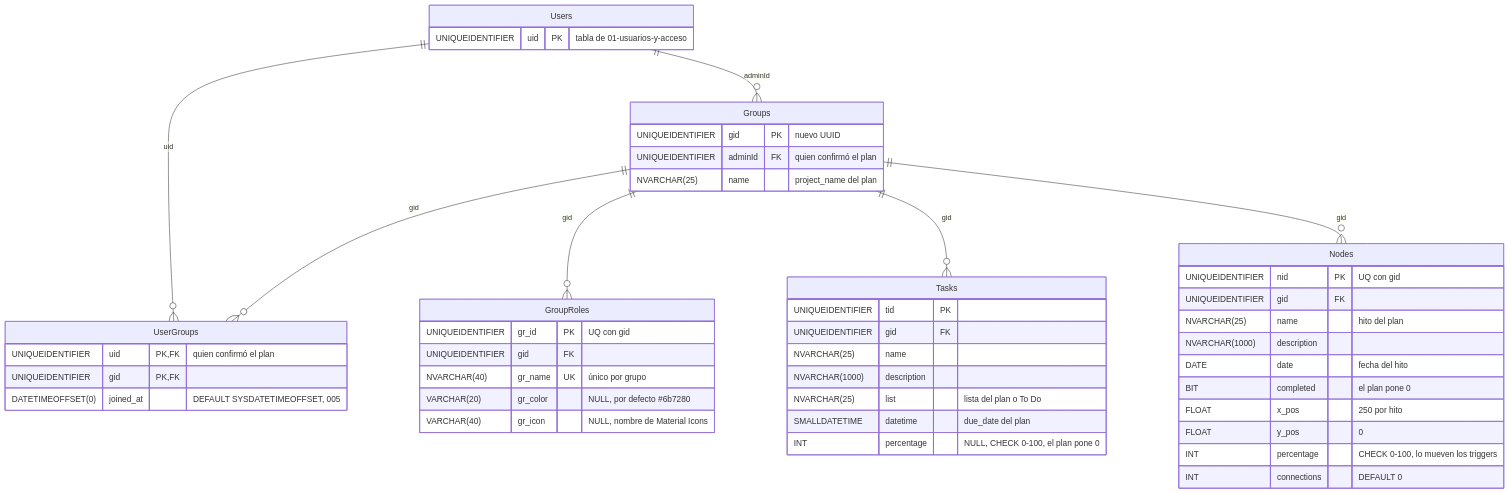
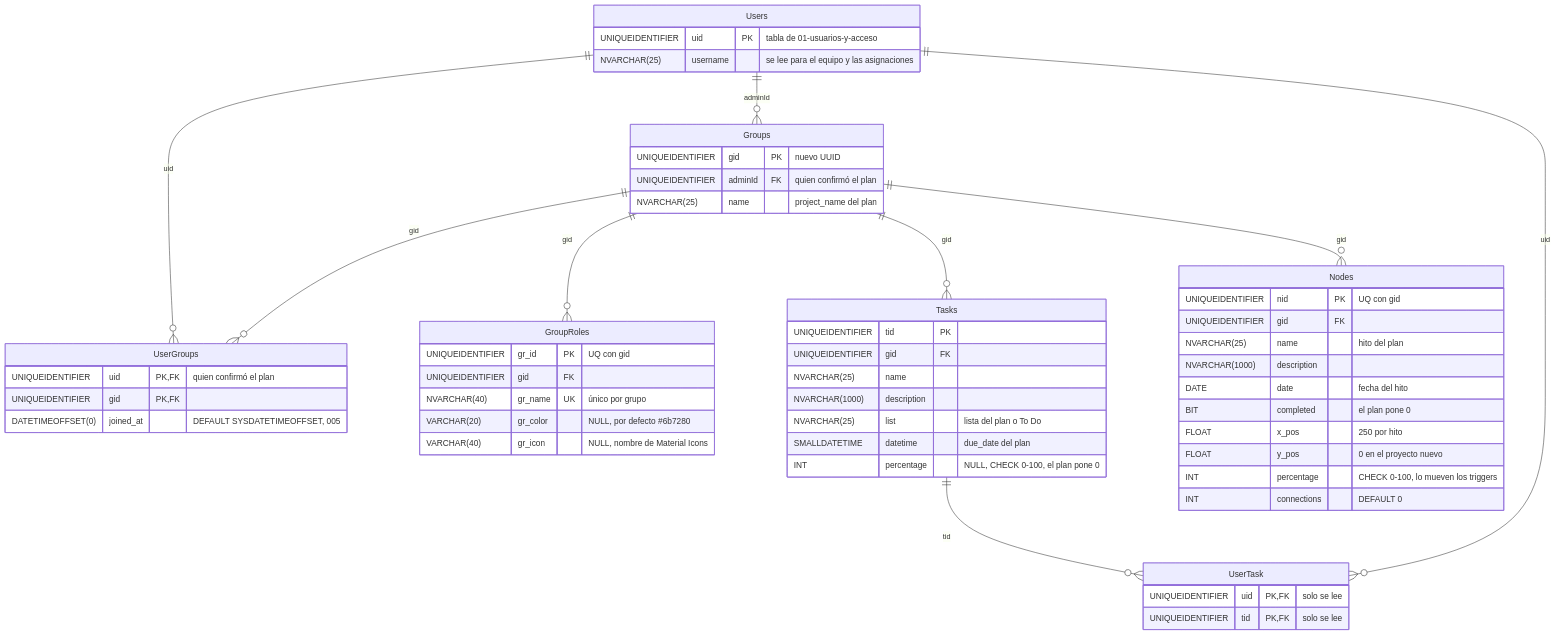
The diagram in documentacion/03-base-de-datos/05-chat-ia.md (PabloP150/proyecto-is-cc6), drawn with Mermaid before and after one commit. The commit also changed other lines of this file and 204 other files, not shown here.

First line of the commit message:
docs: update all documentation, diagrams and PNGs to the test/e2e state

````diff
--- a/documentacion/03-base-de-datos/05-chat-ia.md
+++ b/documentacion/03-base-de-datos/05-chat-ia.md
@@ -5,51 +5,58 @@
 ```mermaid
 erDiagram
     Users ||--o{ Groups : "adminId"
     Users ||--o{ UserGroups : "uid"
     Groups ||--o{ UserGroups : "gid"
     Groups ||--o{ GroupRoles : "gid"
     Groups ||--o{ Tasks : "gid"
     Groups ||--o{ Nodes : "gid"
+    Tasks ||--o{ UserTask : "tid"
+    Users ||--o{ UserTask : "uid"
 
     Users {
         UNIQUEIDENTIFIER uid PK "tabla de 01-usuarios-y-acceso"
+        NVARCHAR(25) username "se lee para el equipo y las asignaciones"
     }
     Groups {
         UNIQUEIDENTIFIER gid PK "nuevo UUID"
         UNIQUEIDENTIFIER adminId FK "quien confirmó el plan"
         NVARCHAR(25) name "project_name del plan"
     }
     UserGroups {
         UNIQUEIDENTIFIER uid PK, FK "quien confirmó el plan"
         UNIQUEIDENTIFIER gid PK, FK
         DATETIMEOFFSET(0) joined_at "DEFAULT SYSDATETIMEOFFSET, 005"
     }
     GroupRoles {
         UNIQUEIDENTIFIER gr_id PK "UQ con gid"
         UNIQUEIDENTIFIER gid FK
         NVARCHAR(40) gr_name UK "único por grupo"
         VARCHAR(20) gr_color "NULL, por defecto #6b7280"
         VARCHAR(40) gr_icon "NULL, nombre de Material Icons"
     }
     Tasks {
         UNIQUEIDENTIFIER tid PK
         UNIQUEIDENTIFIER gid FK
         NVARCHAR(25) name
         NVARCHAR(1000) description
         NVARCHAR(25) list "lista del plan o To Do"
         SMALLDATETIME datetime "due_date del plan"
         INT percentage "NULL, CHECK 0-100, el plan pone 0"
     }
+    UserTask {
+        UNIQUEIDENTIFIER uid PK, FK "solo se lee"
+        UNIQUEIDENTIFIER tid PK, FK "solo se lee"
+    }
     Nodes {
         UNIQUEIDENTIFIER nid PK "UQ con gid"
         UNIQUEIDENTIFIER gid FK
         NVARCHAR(25) name "hito del plan"
         NVARCHAR(1000) description
         DATE date "fecha del hito"
         BIT completed "el plan pone 0"
         FLOAT x_pos "250 por hito"
-        FLOAT y_pos "0"
+        FLOAT y_pos "0 en el proyecto nuevo"
         INT percentage "CHECK 0-100, lo mueven los triggers"
         INT connections "DEFAULT 0"
     }
 ```
````
